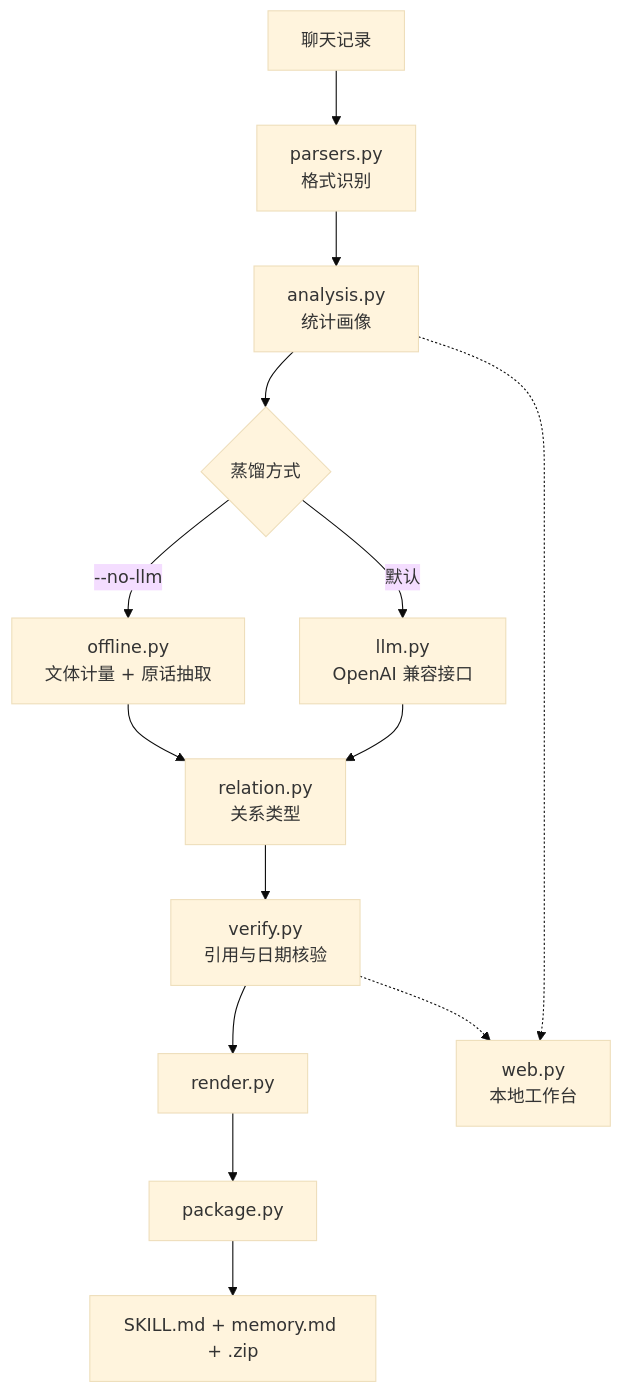
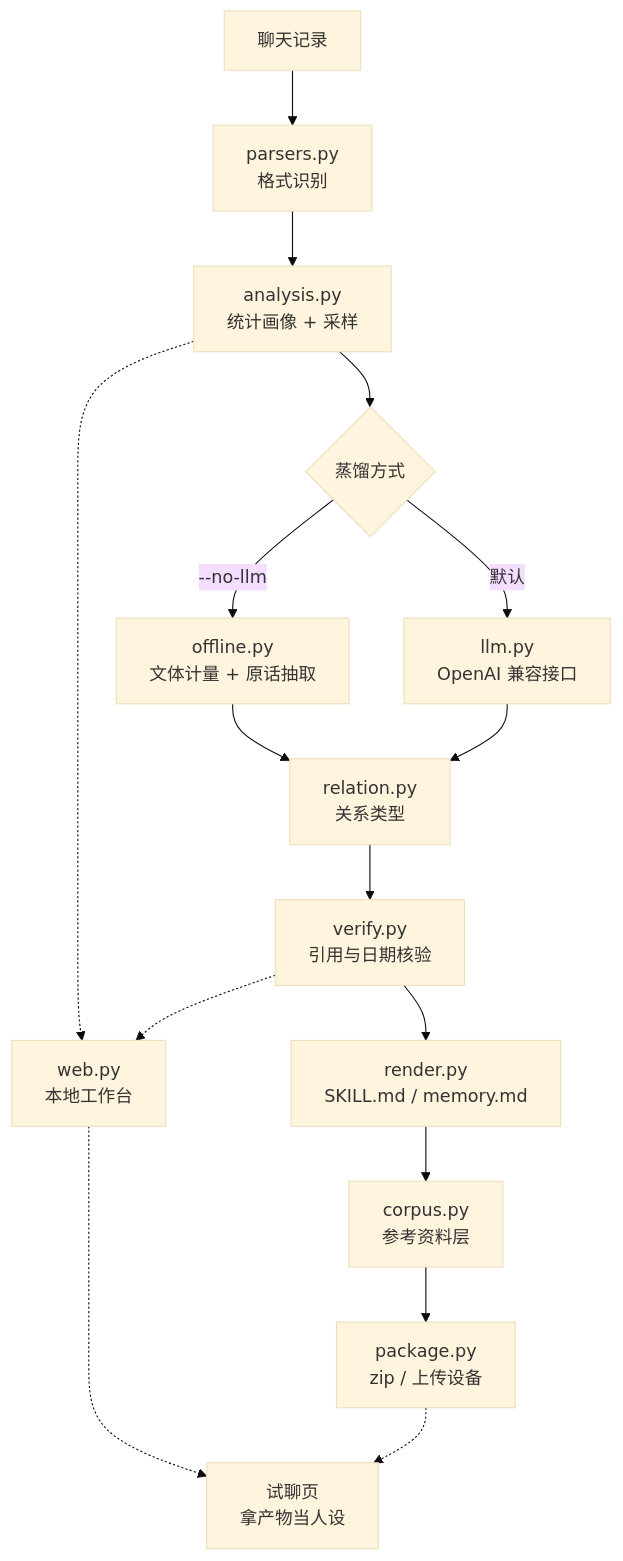
One commit to QZzwj/kith-skill changed the diagram in README.md. Above: the diagram before and after it, drawn with Mermaid (base theme). The commit also changed other lines of this file and 1 other file, not shown here.

````diff
--- a/README.md
+++ b/README.md
@@ -71,16 +127,18 @@
 ```mermaid
 graph TD
   A[聊天记录] --> B[parsers.py<br/>格式识别]
-  B --> C[analysis.py<br/>统计画像]
+  B --> C[analysis.py<br/>统计画像 + 采样]
   C --> D{蒸馏方式}
   D -->|--no-llm| E[offline.py<br/>文体计量 + 原话抽取]
   D -->|默认| F[llm.py<br/>OpenAI 兼容接口]
   E --> G[relation.py<br/>关系类型]
   F --> G
   G --> H[verify.py<br/>引用与日期核验]
-  H --> I[render.py]
-  I --> J[package.py]
-  J --> K[SKILL.md + memory.md + .zip]
+  H --> I[render.py<br/>SKILL.md / memory.md]
+  I --> J[corpus.py<br/>参考资料层]
+  J --> K[package.py<br/>zip / 上传设备]
   C -.-> W[web.py<br/>本地工作台]
   H -.-> W
+  W -.-> P[试聊页<br/>拿产物当人设]
+  K -.-> P
 ```
````
